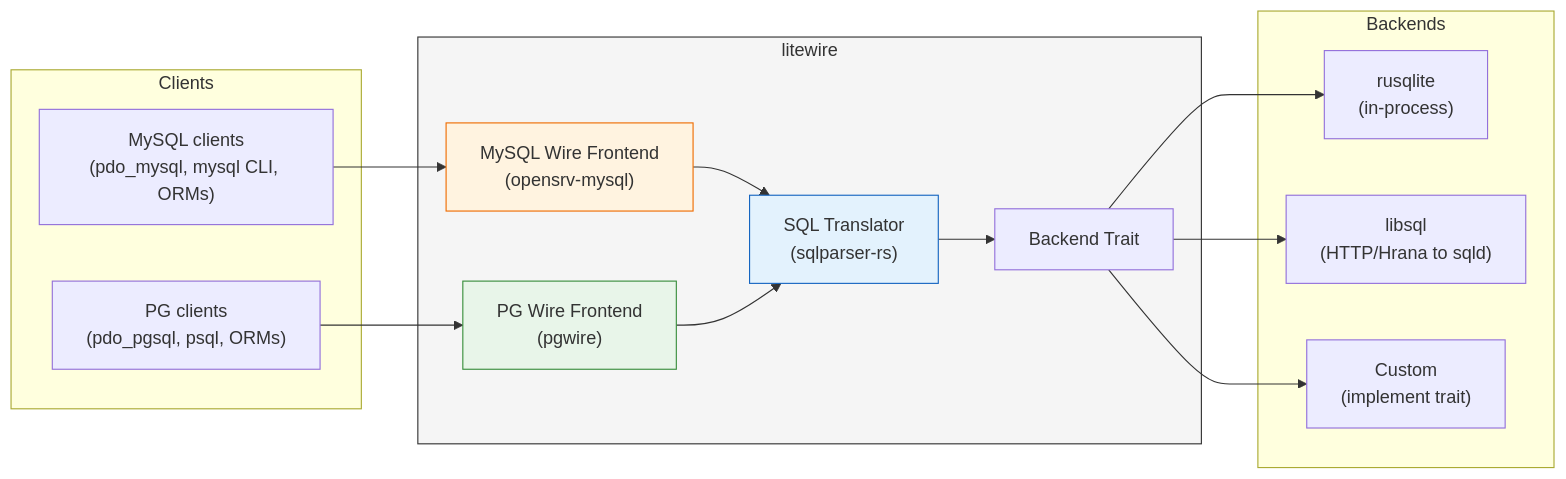
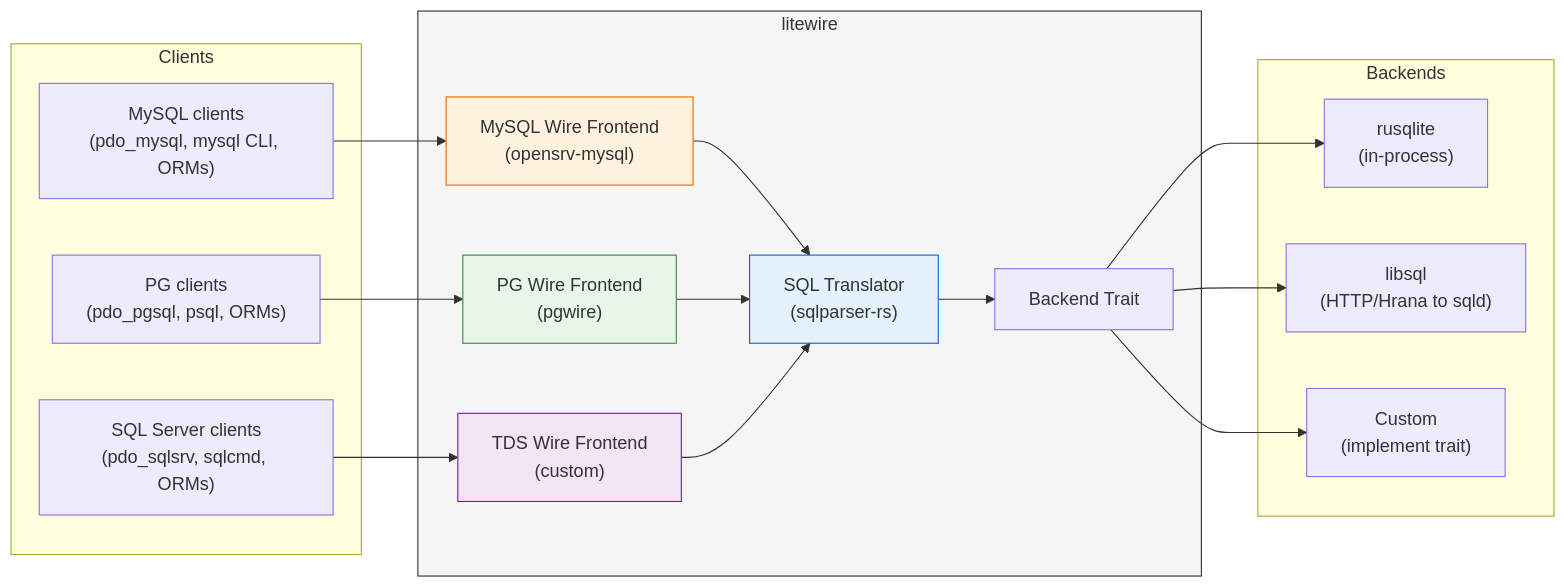
One commit to ephpm/litewire changed the first of 4 diagrams in docs/architecture.md. Above: the diagram before and after it, drawn with Mermaid. The commit also changed other lines of this file and 1 other file, not shown here.

````diff
--- a/docs/architecture.md
+++ b/docs/architecture.md
@@ -7,34 +7,39 @@
 ```mermaid
 graph LR
     subgraph clients["Clients"]
         mysql_client["MySQL clients\n(pdo_mysql, mysql CLI, ORMs)"]
         pg_client["PG clients\n(pdo_pgsql, psql, ORMs)"]
+        tds_client["SQL Server clients\n(pdo_sqlsrv, sqlcmd, ORMs)"]
     end
 
     subgraph litewire["litewire"]
         mysql_fe["MySQL Wire Frontend\n(opensrv-mysql)"]
         pg_fe["PG Wire Frontend\n(pgwire)"]
+        tds_fe["TDS Wire Frontend\n(custom)"]
         translator["SQL Translator\n(sqlparser-rs)"]
         backend_trait["Backend Trait"]
     end
 
     subgraph backends["Backends"]
         rusqlite["rusqlite\n(in-process)"]
         libsql["libsql\n(HTTP/Hrana to sqld)"]
         custom["Custom\n(implement trait)"]
     end
 
     mysql_client --> mysql_fe
     pg_client --> pg_fe
+    tds_client --> tds_fe
     mysql_fe --> translator
     pg_fe --> translator
+    tds_fe --> translator
     translator --> backend_trait
     backend_trait --> rusqlite
     backend_trait --> libsql
     backend_trait --> custom
 
     style litewire fill:#f5f5f5,stroke:#333
     style translator fill:#e3f2fd,stroke:#1565c0
     style mysql_fe fill:#fff3e0,stroke:#ef6c00
     style pg_fe fill:#e8f5e9,stroke:#388e3c
+    style tds_fe fill:#f3e5f5,stroke:#7b1fa2
 ```
````
